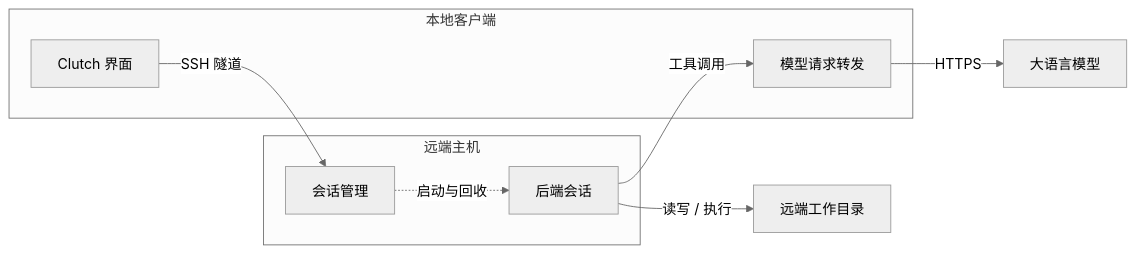
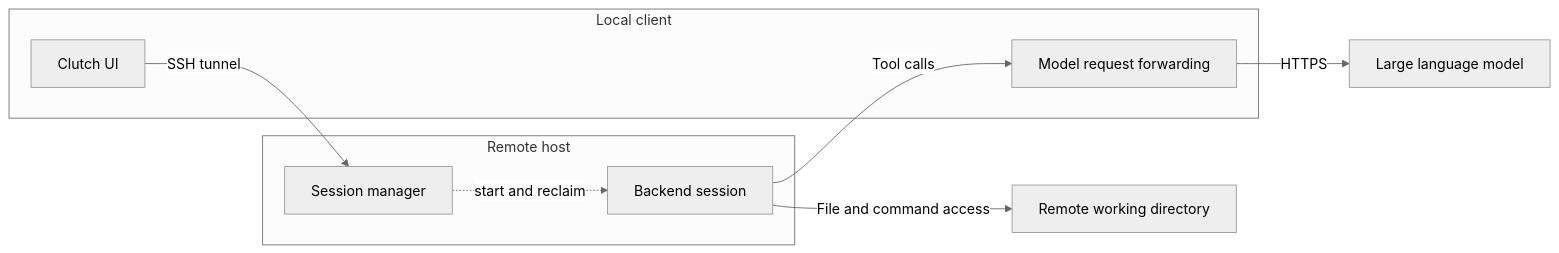
One commit to Ethereal1024/Clutch changed the second of 2 diagrams in README.md. Above: the diagram before and after it, drawn with Mermaid (neutral theme). The commit also changed other lines of this file and 1 other file, not shown here.

````diff
--- a/README.md
+++ b/README.md
@@ -133,16 +159,16 @@
 ```mermaid
 flowchart LR
-    subgraph local["本地客户端"]
-        UI["Clutch 界面"]
-        PXY["模型请求转发"]
+    subgraph local["Local client"]
+        UI["Clutch UI"]
+        PXY["Model request forwarding"]
     end
-    subgraph remote["远端主机"]
-        SUP["会话管理"]
-        AG["后端会话"]
+    subgraph remote["Remote host"]
+        SUP["Session manager"]
+        AG["Backend session"]
     end
-    UI -- "SSH 隧道" --> SUP
-    SUP -. "启动与回收" .-> AG
-    AG -- "工具调用" --> PXY
-    PXY -- "HTTPS" --> LLM["大语言模型"]
-    AG -- "读写 / 执行" --> WS["远端工作目录"]
+    UI -- "SSH tunnel" --> SUP
+    SUP -. "start and reclaim" .-> AG
+    AG -- "Tool calls" --> PXY
+    PXY -- "HTTPS" --> LLM["Large language model"]
+    AG -- "File and command access" --> WS["Remote working directory"]
 ```
````
